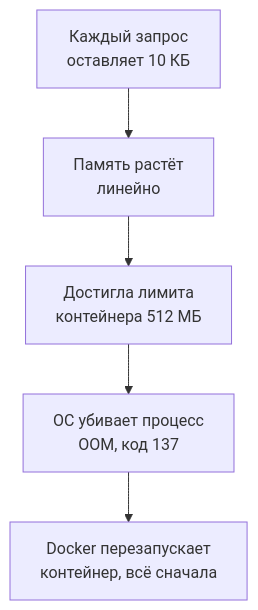
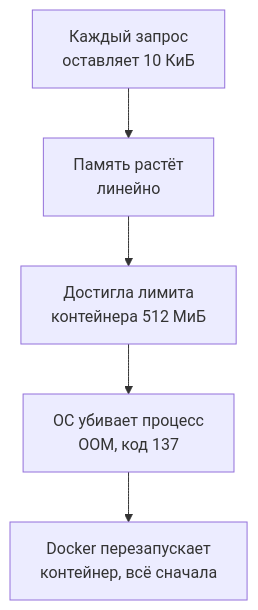
Before and after one commit to distinguished-sre/learning: the diagram in load-tester/11-bottlenecks/04-memory-soak.md, drawn with Mermaid. The commit also changed other lines of this file and 462 other files, not shown here.

````diff
--- a/load-tester/11-bottlenecks/04-memory-soak.md
+++ b/load-tester/11-bottlenecks/04-memory-soak.md
@@ -41,7 +41,7 @@
 ```mermaid
 flowchart TD
-    A["Каждый запрос<br>оставляет 10 КБ"] --> B["Память растёт<br>линейно"]
-    B --> C["Достигла лимита<br>контейнера 512 МБ"]
+    A["Каждый запрос<br>оставляет 10 КиБ"] --> B["Память растёт<br>линейно"]
+    B --> C["Достигла лимита<br>контейнера 512 МиБ"]
     C --> D["ОС убивает процесс<br>OOM, код 137"]
     D --> E["Docker перезапускает<br>контейнер, всё сначала"]
 ```
````
